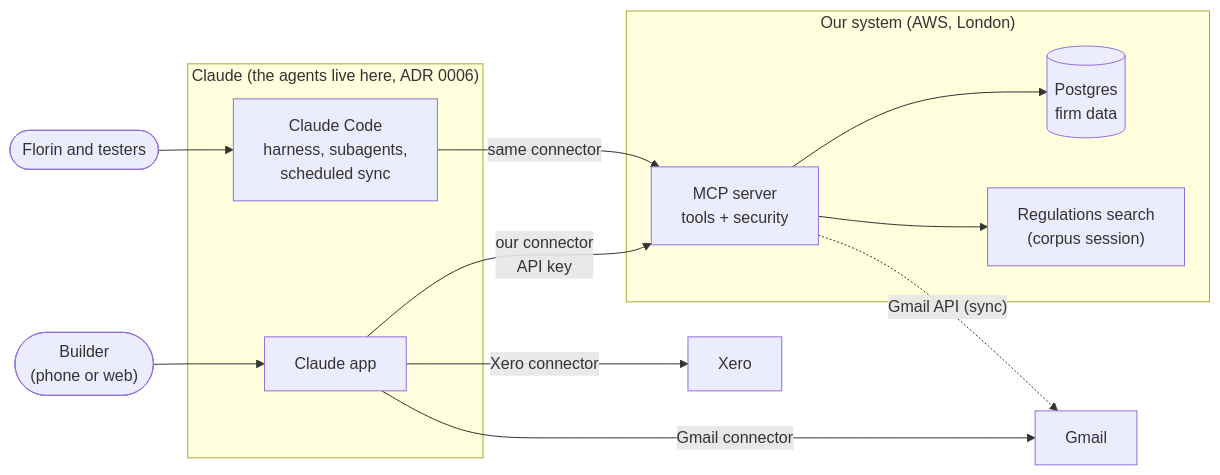
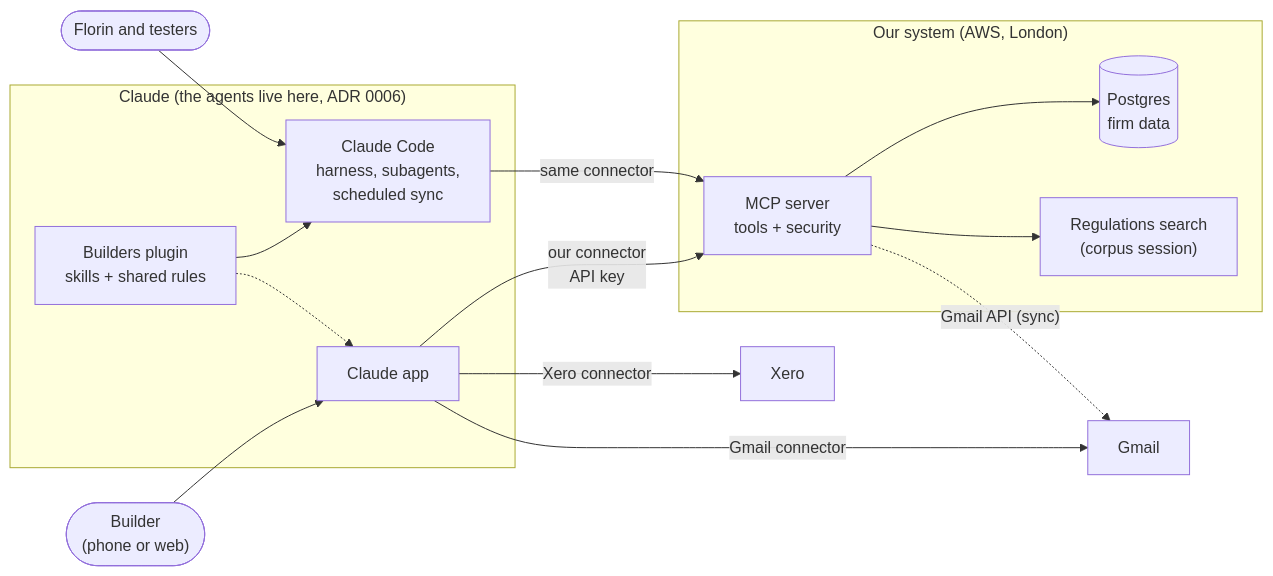
Before and after one commit to florinmarcus/builders_lab: the first of 3 diagrams in architecture/ARCHITECTURE.md, drawn with Mermaid. The commit also changed other lines of this file and 12 other files, not shown here.

First line of the commit message:
Builders plugin skeleton (ADR 0011): manifest, connectors (ours + official Gmail, Xero, DocuSign), shared UK rules, six skills (check-my-emails, variation-log, payment-notice-check, subcontractor-pack-check, handover-missing-items, regs-question), marketplace entry; validates

````diff
--- a/architecture/ARCHITECTURE.md
+++ b/architecture/ARCHITECTURE.md
@@ -9,29 +9,32 @@
 ```mermaid
 flowchart LR
     builder(["Builder<br/>(phone or web)"])
     dev(["Florin and testers"])
 
     subgraph claude["Claude (the agents live here, ADR 0006)"]
         app["Claude app"]
         code["Claude Code<br/>harness, subagents,<br/>scheduled sync"]
+        plugin["Builders plugin<br/>skills + shared rules"]
     end
 
     subgraph ours["Our system (AWS, London)"]
         mcp["MCP server<br/>tools + security"]
         db[("Postgres<br/>firm data")]
         rag["Regulations search<br/>(corpus session)"]
     end
 
     gmail["Gmail"]
     xero["Xero"]
 
     builder --> app
+    plugin -.-> app
+    plugin --> code
     dev --> code
     app -->|"Gmail connector"| gmail
     app -->|"Xero connector"| xero
     app -->|"our connector<br/>API key"| mcp
     code -->|"same connector"| mcp
     mcp --> db
     mcp --> rag
     mcp -.->|"Gmail API (sync)"| gmail
 ```
````
